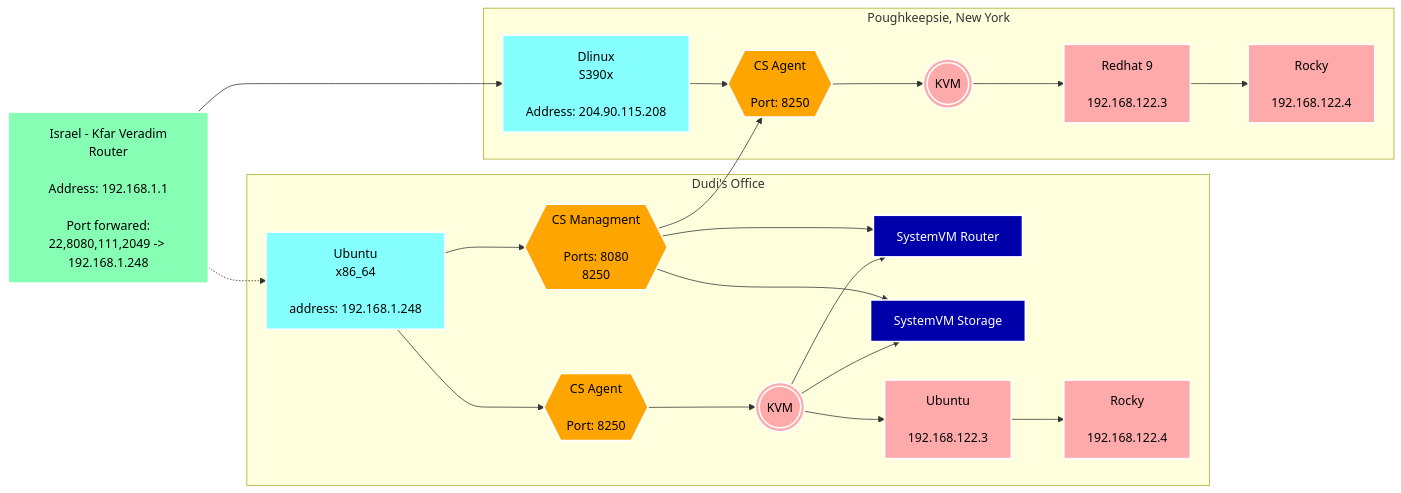
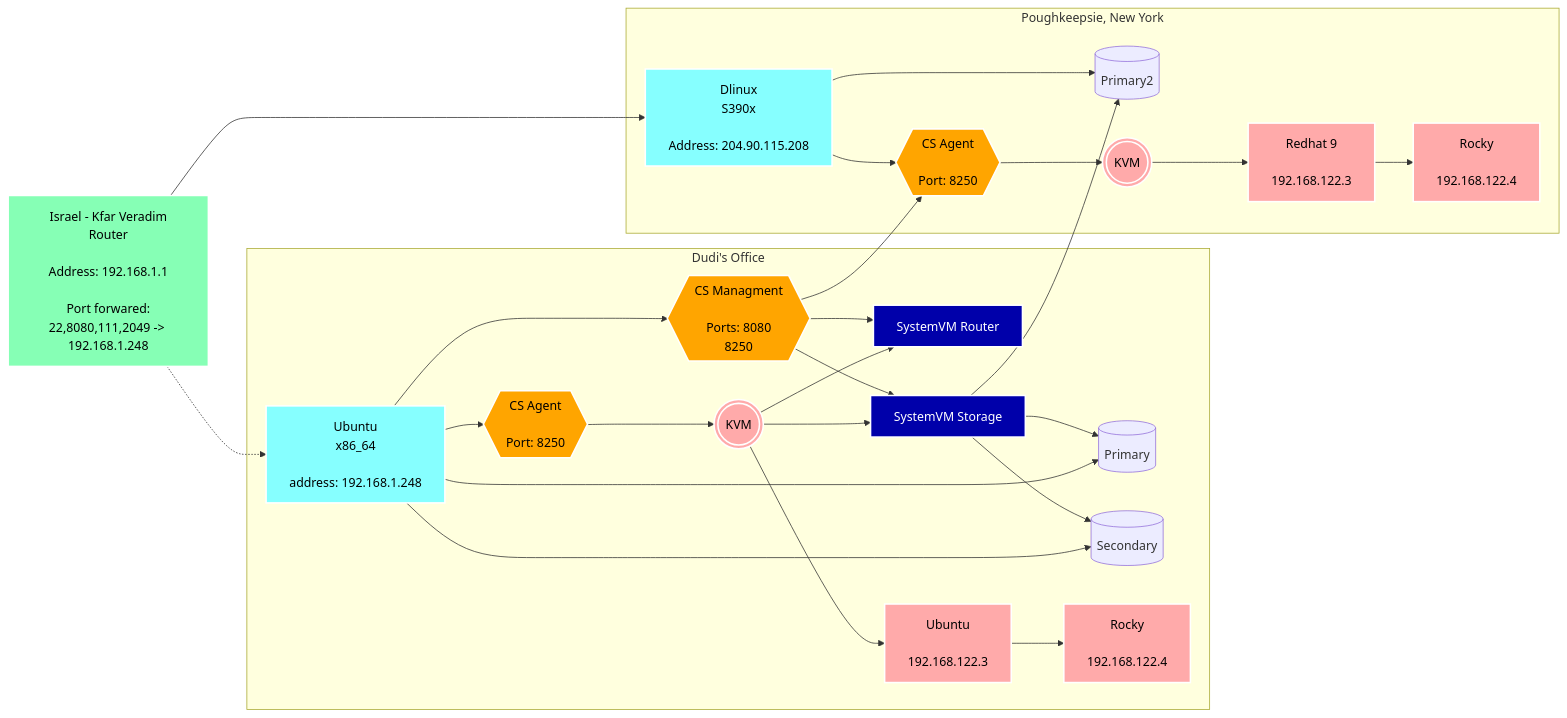
Before and after one commit to davidb-logon/scripts: the first of 2 diagrams in README.md, drawn with Mermaid.

Commit message:
mermaid test and examples

````diff
--- a/README.md
+++ b/README.md
@@ -3,55 +3,59 @@
 ```mermaid
 
 flowchart LR
   node_1["Israel - Kfar Veradim\nRouter\n\nAddress: 192.168.1.1\n\nPort forwared:\n22,8080,111,2049 -#gt; 192.168.1.248"]
 
   subgraph Dudi's Office
-    node_2["Ubuntu\nx86_64\n\naddress: 192.168.1.248"]
+    node_2["Ubuntu\nx86_64\n\naddress: 192.168.1.248"] --> primary1[(Primary)] & secondary[(Secondary)]
     node_4((("KVM")))
     node_6["SystemVM Router"]
     node_7["SystemVM Storage"]
     node_14{{"CS Managment\n\nPorts: 8080\n8250"}}
     node_15{{"CS Agent\n\nPort: 8250"}}
     node_8["Ubuntu\n\n192.168.122.3"]
     node_12["Rocky\n\n192.168.122.4"]
+    
+    
   end
   subgraph "Poughkeepsie, New York"
-    node_3["Dlinux\nS390x\n\nAddress: 204.90.115.208"]
+    node_3["Dlinux\nS390x\n\nAddress: 204.90.115.208"] --> primary2[(Primary2)]
     node_11["Redhat 9\n\n192.168.122.3"]
     node_13["Rocky\n\n192.168.122.4"]
     node_5((("KVM")))
     node_16{{"CS Agent\n\nPort: 8250"}}
+    
   end
     
   node_1 -.-> node_2
   node_1 --> node_3
   node_4 --> node_6
   node_4 --> node_7
   node_4 --> node_8
   node_5 --> node_11
   node_8 --> node_12
   node_11 --> node_13
   node_2 --> node_14
   node_14 --> node_6
   node_14 --> node_7
   node_14 --> node_16
   node_2 --> node_15
   node_15 --> node_4
   node_3 --> node_16
   node_16 --> node_5
+  node_7 --> primary1 & secondary & primary2
   style node_1 fill:#86FFB5,color:#000,stroke:#fff,stroke-width:2px
   style node_2 fill:#86FFff,color:#000,stroke:#fff,stroke-width:2px
   style node_3 fill:#86FFff,color:#000,stroke:#fff,stroke-width:2px
   style node_4 fill:#ffaaaa,color:#000,stroke:#fff,stroke-width:2px
   style node_5 fill:#ffaaaa,color:#000,stroke:#fff,stroke-width:2px
   style node_6 fill:#0000aa,color:#fff,stroke:#fff,stroke-width:2px
   style node_7 fill:#0000aa,color:#fff,stroke:#fff,stroke-width:2px
   style node_8 fill:#ffaaaa,color:#000,stroke:#fff,stroke-width:2px
   style node_11 fill:#ffaaaa,color:#000,stroke:#fff,stroke-width:2px
   style node_12 fill:#ffaaaa,color:#000,stroke:#fff,stroke-width:2px
   style node_13 fill:#ffaaaa,color:#000,stroke:#fff,stroke-width:2px
   style node_14 fill:orange,color:#000,stroke:#fff,stroke-width:2px
   style node_15 fill:orange,color:#000,stroke:#fff,stroke-width:2px
   style node_16 fill:orange,color:#000,stroke:#fff,stroke-width:2px
 
 ```
````
